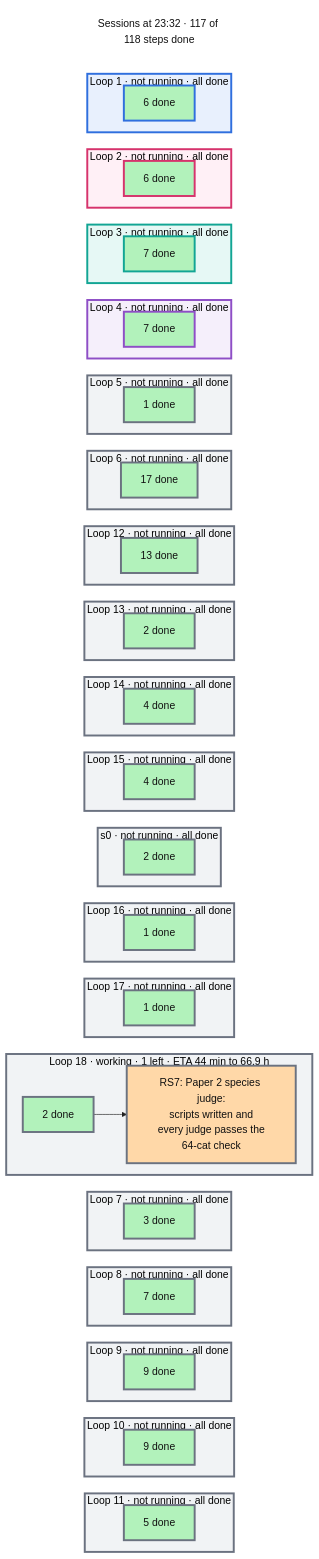
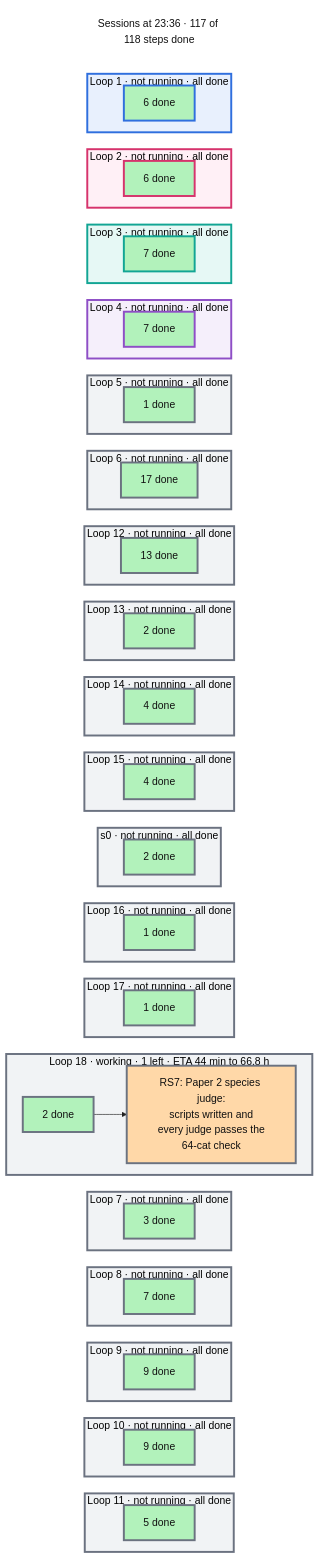
The diagram in artifacts/notes/progress/sessions.mmd (mo-rsa24/concept-composition), drawn with Mermaid before and after one commit. The commit also changed 8 other files, not shown here.

```diff
--- a/artifacts/notes/progress/sessions.mmd
+++ b/artifacts/notes/progress/sessions.mmd
@@ -1,124 +1,124 @@
 %%{init: {'theme': 'base', 'themeVariables': {'fontFamily': 'monospace', 'primaryColor': '#ffffff', 'primaryBorderColor': '#222222', 'primaryTextColor': '#111111', 'lineColor': '#222222'}, 'flowchart': {'nodeSpacing': 16, 'rankSpacing': 26}}}%%
 flowchart TB
   classDef done fill:#b2f2bb,color:#111111
   classDef doing fill:#ffd8a8,color:#111111
   classDef todo fill:#e9ecef,color:#111111
   classDef note fill:#ffffff,stroke:#c92a2a,stroke-dasharray:5 5,color:#c92a2a
-  now["Sessions at 23:32 · 117 of 118 steps done"]
+  now["Sessions at 23:36 · 117 of 118 steps done"]
   style now fill:#ffffff,stroke:#ffffff,color:#111111
   subgraph L0["Loop 1 · not running · all done"]
     direction LR
     d0["6 done"]:::done
   end
   subgraph L1["Loop 2 · not running · all done"]
     direction LR
     d1["6 done"]:::done
   end
   subgraph L2["Loop 3 · not running · all done"]
     direction LR
     d2["7 done"]:::done
   end
   subgraph L3["Loop 4 · not running · all done"]
     direction LR
     d3["7 done"]:::done
   end
   subgraph L4["Loop 5 · not running · all done"]
     direction LR
     d4["1 done"]:::done
   end
   subgraph L5["Loop 6 · not running · all done"]
     direction LR
     d5["17 done"]:::done
   end
   subgraph L6["Loop 12 · not running · all done"]
     direction LR
     d6["13 done"]:::done
   end
   subgraph L7["Loop 13 · not running · all done"]
     direction LR
     d7["2 done"]:::done
   end
   subgraph L8["Loop 14 · not running · all done"]
     direction LR
     d8["4 done"]:::done
   end
   subgraph L9["Loop 15 · not running · all done"]
     direction LR
     d9["4 done"]:::done
   end
   subgraph L10["s0 · not running · all done"]
     direction LR
     d10["2 done"]:::done
   end
   subgraph L11["Loop 16 · not running · all done"]
     direction LR
     d11["1 done"]:::done
   end
   subgraph L12["Loop 17 · not running · all done"]
     direction LR
     d12["1 done"]:::done
   end
-  subgraph L13["Loop 18 · working · 1 left · ETA 44 min to 66.9 h"]
+  subgraph L13["Loop 18 · working · 1 left · ETA 44 min to 66.8 h"]
     direction LR
     d13["2 done"]:::done --> n_RS7["RS7: Paper 2 species judge:<br/>scripts written and<br/>every judge passes the<br/>64-cat check"]:::doing
   end
   subgraph L14["Loop 7 · not running · all done"]
     direction LR
     d14["3 done"]:::done
   end
   subgraph L15["Loop 8 · not running · all done"]
     direction LR
     d15["7 done"]:::done
   end
   subgraph L16["Loop 9 · not running · all done"]
     direction LR
     d16["9 done"]:::done
   end
   subgraph L17["Loop 10 · not running · all done"]
     direction LR
     d17["9 done"]:::done
   end
   subgraph L18["Loop 11 · not running · all done"]
     direction LR
     d18["5 done"]:::done
   end
   now ~~~ L0 ~~~ L1 ~~~ L2 ~~~ L3 ~~~ L4 ~~~ L5 ~~~ L6 ~~~ L7 ~~~ L8 ~~~ L9 ~~~ L10 ~~~ L11 ~~~ L12 ~~~ L13 ~~~ L14 ~~~ L15 ~~~ L16 ~~~ L17 ~~~ L18
   style L0 fill:#e8f0fd,stroke:#2f6fde,stroke-width:3px
   style d0 stroke:#2f6fde,stroke-width:3px
   style L1 fill:#fff0f6,stroke:#d6336c,stroke-width:3px
   style d1 stroke:#d6336c,stroke-width:3px
   style L2 fill:#e6f8f5,stroke:#12a594,stroke-width:3px
   style d2 stroke:#12a594,stroke-width:3px
   style L3 fill:#f5effb,stroke:#8e4ec6,stroke-width:3px
   style d3 stroke:#8e4ec6,stroke-width:3px
   style L4 fill:#f1f3f5,stroke:#6b7280,stroke-width:3px
   style d4 stroke:#6b7280,stroke-width:3px
   style L5 fill:#f1f3f5,stroke:#6b7280,stroke-width:3px
   style d5 stroke:#6b7280,stroke-width:3px
   style L6 fill:#f1f3f5,stroke:#6b7280,stroke-width:3px
   style d6 stroke:#6b7280,stroke-width:3px
   style L7 fill:#f1f3f5,stroke:#6b7280,stroke-width:3px
   style d7 stroke:#6b7280,stroke-width:3px
   style L8 fill:#f1f3f5,stroke:#6b7280,stroke-width:3px
   style d8 stroke:#6b7280,stroke-width:3px
   style L9 fill:#f1f3f5,stroke:#6b7280,stroke-width:3px
   style d9 stroke:#6b7280,stroke-width:3px
   style L10 fill:#f1f3f5,stroke:#6b7280,stroke-width:3px
   style d10 stroke:#6b7280,stroke-width:3px
   style L11 fill:#f1f3f5,stroke:#6b7280,stroke-width:3px
   style d11 stroke:#6b7280,stroke-width:3px
   style L12 fill:#f1f3f5,stroke:#6b7280,stroke-width:3px
   style d12 stroke:#6b7280,stroke-width:3px
   style L13 fill:#f1f3f5,stroke:#6b7280,stroke-width:3px
   style d13 stroke:#6b7280,stroke-width:3px
   style n_RS7 stroke:#6b7280,stroke-width:3px
   style L14 fill:#f1f3f5,stroke:#6b7280,stroke-width:3px
   style d14 stroke:#6b7280,stroke-width:3px
   style L15 fill:#f1f3f5,stroke:#6b7280,stroke-width:3px
   style d15 stroke:#6b7280,stroke-width:3px
   style L16 fill:#f1f3f5,stroke:#6b7280,stroke-width:3px
   style d16 stroke:#6b7280,stroke-width:3px
   style L17 fill:#f1f3f5,stroke:#6b7280,stroke-width:3px
   style d17 stroke:#6b7280,stroke-width:3px
   style L18 fill:#f1f3f5,stroke:#6b7280,stroke-width:3px
   style d18 stroke:#6b7280,stroke-width:3px
```
